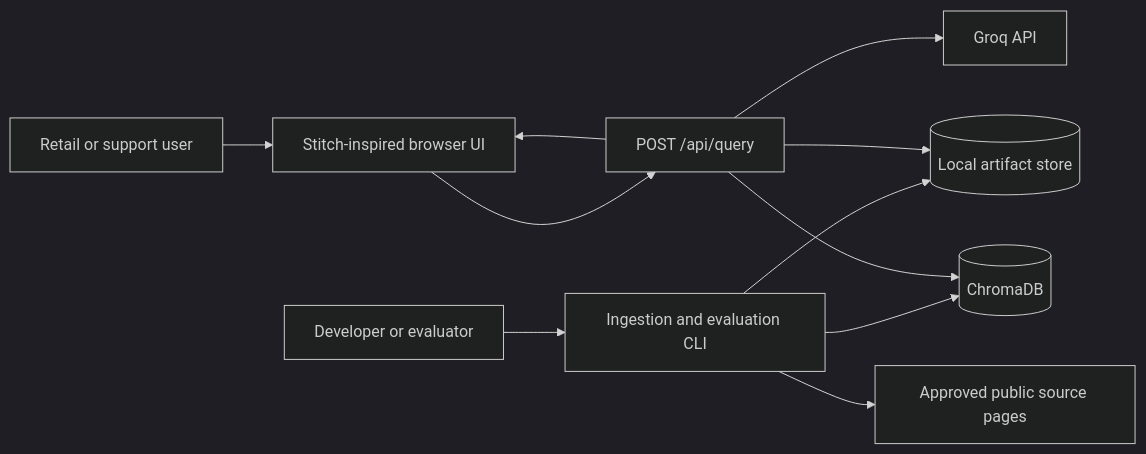
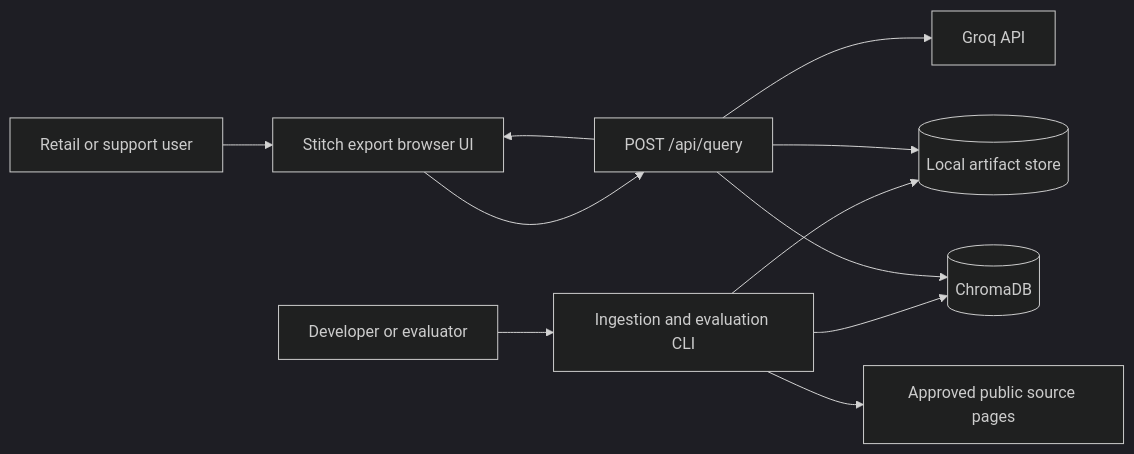
Before and after one commit to GaurangVaidya29/Grow-Chatbot: the first of 5 diagrams in architecture.md, drawn with Mermaid (dark theme). The commit also changed other lines of this file and 6 other files, not shown here.

Commit message:
Use supplied Stitch export for Groww UI

````diff
--- a/architecture.md
+++ b/architecture.md
@@ -77,13 +77,13 @@
 ```mermaid
 flowchart LR
-    U[Retail or support user] --> UI[Stitch-inspired browser UI]
+    U[Retail or support user] --> UI[Stitch export browser UI]
     D[Developer or evaluator] --> CLI[Ingestion and evaluation CLI]
     CLI --> S[Approved public source pages]
     CLI --> FS[(Local artifact store)]
     CLI --> C[(ChromaDB)]
     UI --> QS[POST /api/query]
     QS --> C
     QS --> FS
     QS --> LLM[Groq API]
     QS --> UI
 ```
````
